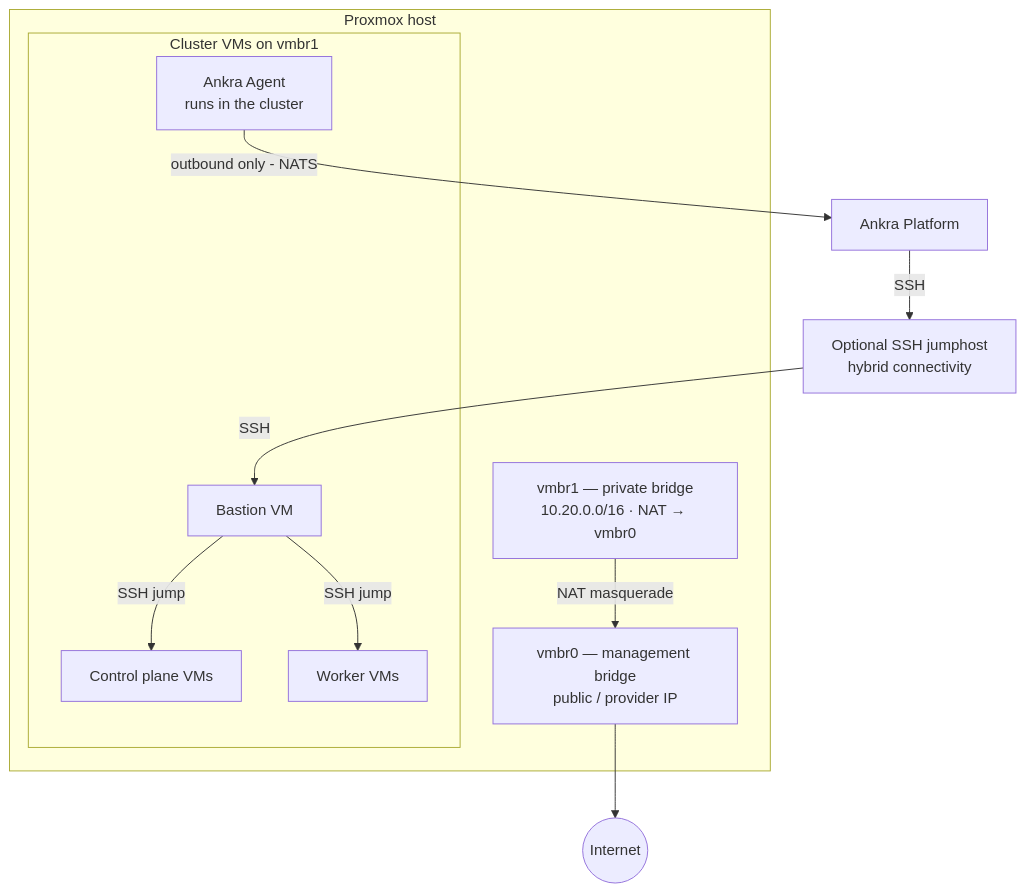
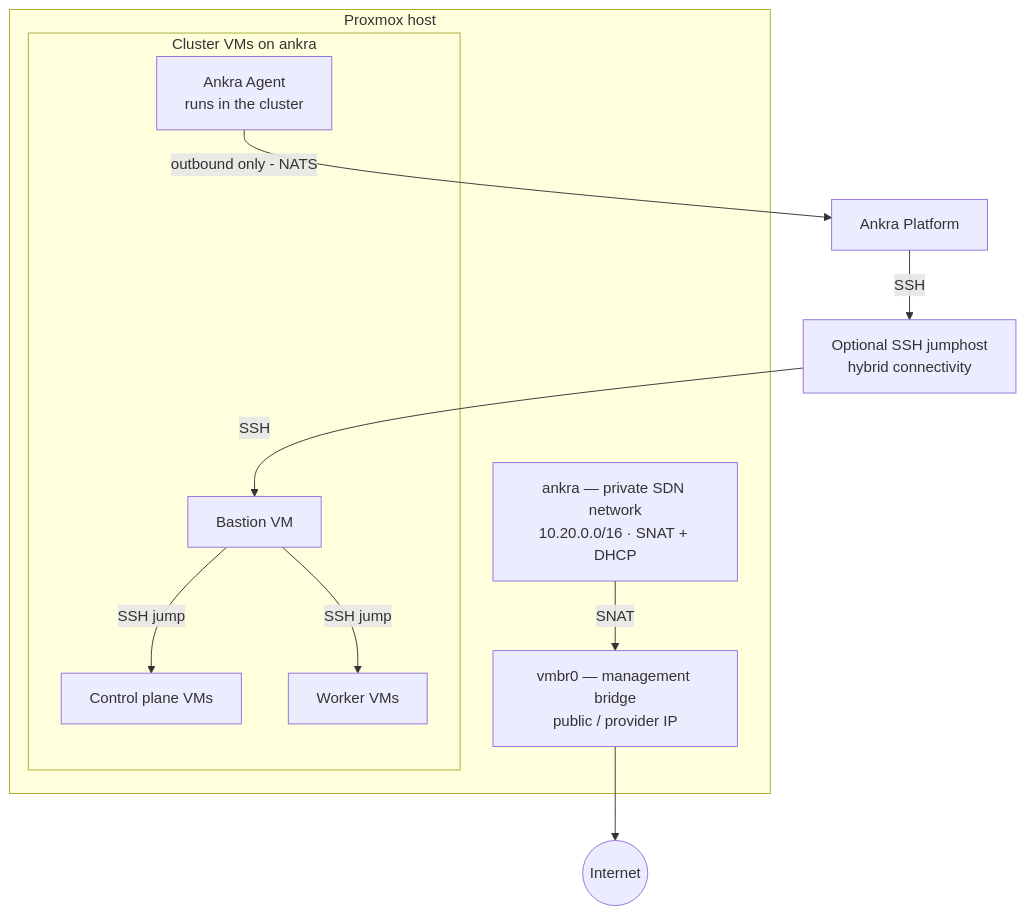
The diagram in guides/proxmox-clusters.mdx (ankraio/ankra-docs), drawn with Mermaid before and after one commit. The commit also changed other lines of this file and 2 other files, not shown here.

Commit message:
docs(proxmox): document SDN private network, automatic template bootstrap, and prerequisites

````diff
--- a/guides/proxmox-clusters.mdx
+++ b/guides/proxmox-clusters.mdx
@@ -452,25 +454,25 @@
 ```mermaid
 flowchart TB
     Platform[Ankra Platform]
     Jumphost[Optional SSH jumphost<br/>hybrid connectivity]
     Internet((Internet))
 
     subgraph Host [Proxmox host]
         vmbr0[vmbr0 — management bridge<br/>public / provider IP]
-        vmbr1[vmbr1 — private bridge<br/>10.20.0.0/16 · NAT → vmbr0]
-        subgraph Private [Cluster VMs on vmbr1]
+        ankra[ankra — private SDN network<br/>10.20.0.0/16 · SNAT + DHCP]
+        subgraph Private [Cluster VMs on ankra]
             Bastion[Bastion VM]
             CP[Control plane VMs]
             Workers[Worker VMs]
             Agent[Ankra Agent<br/>runs in the cluster]
         end
     end
 
     Platform -->|SSH| Jumphost
     Jumphost -->|SSH| Bastion
     Bastion -->|SSH jump| CP
     Bastion -->|SSH jump| Workers
     Agent -->|outbound only - NATS| Platform
-    vmbr1 -->|NAT masquerade| vmbr0
+    ankra -->|SNAT| vmbr0
     vmbr0 --> Internet
 ```
````
